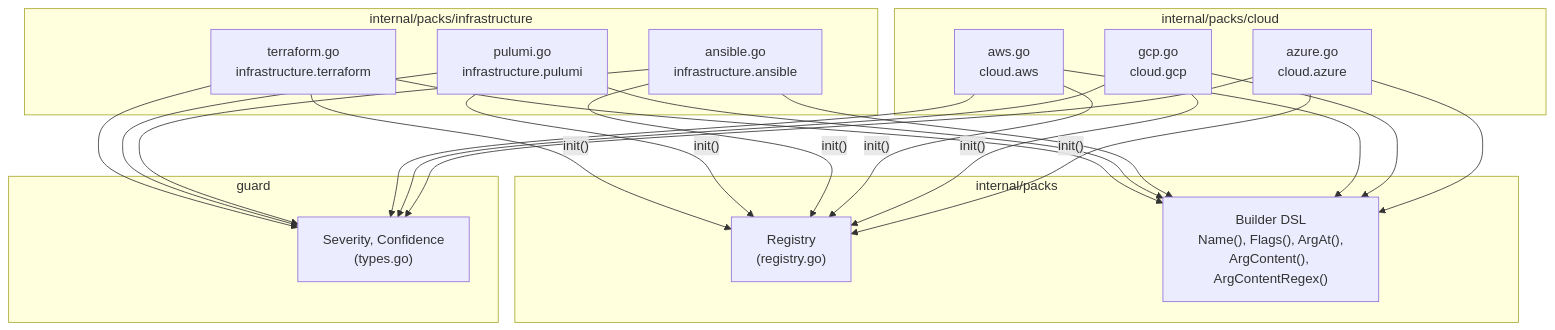
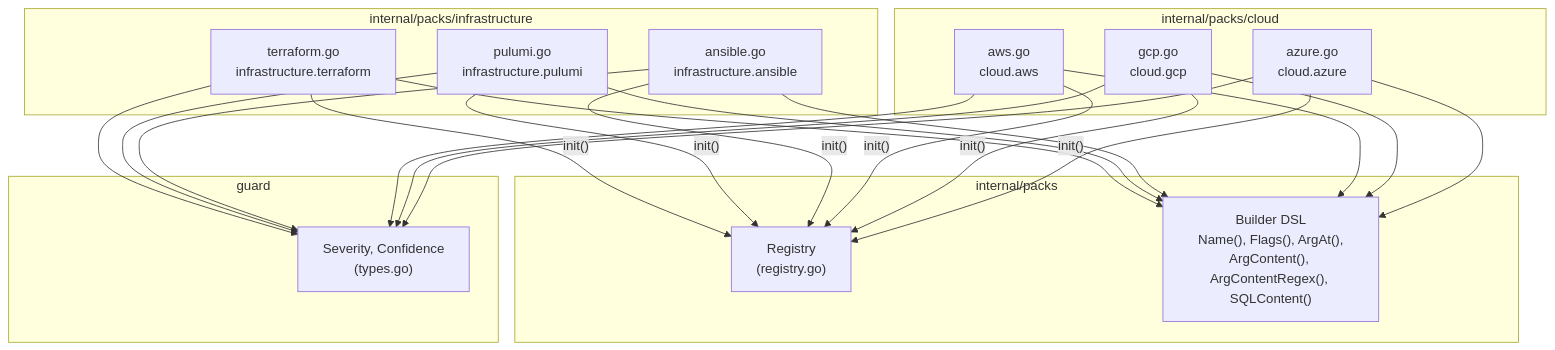
One commit to dcosson/destructive-command-guard-go changed the first of 4 diagrams in docs/plans/03c-packs-infra-cloud.md. Above: the diagram before and after it, drawn with Mermaid. The commit also changed other lines of this file and 13 other files, not shown here.

````diff
--- a/docs/plans/03c-packs-infra-cloud.md
+++ b/docs/plans/03c-packs-infra-cloud.md
@@ -61,44 +61,44 @@
 ```mermaid
 graph TB
     subgraph "internal/packs/infrastructure"
         TF["terraform.go<br/>infrastructure.terraform"]
         Pulumi["pulumi.go<br/>infrastructure.pulumi"]
         Ansible["ansible.go<br/>infrastructure.ansible"]
     end
 
     subgraph "internal/packs/cloud"
         AWS["aws.go<br/>cloud.aws"]
         GCP["gcp.go<br/>cloud.gcp"]
         Azure["azure.go<br/>cloud.azure"]
     end
 
     subgraph "internal/packs"
         Registry["Registry<br/>(registry.go)"]
-        Builders["Builder DSL<br/>Name(), Flags(), ArgAt(),<br/>ArgContent(), ArgContentRegex()"]
+        Builders["Builder DSL<br/>Name(), Flags(), ArgAt(),<br/>ArgContent(), ArgContentRegex(), SQLContent()"]
     end
 
     subgraph "guard"
         Types["Severity, Confidence<br/>(types.go)"]
     end
 
     TF -->|"init()"| Registry
     Pulumi -->|"init()"| Registry
     Ansible -->|"init()"| Registry
     AWS -->|"init()"| Registry
     GCP -->|"init()"| Registry
     Azure -->|"init()"| Registry
 
     TF --> Builders
     Pulumi --> Builders
     Ansible --> Builders
     AWS --> Builders
     GCP --> Builders
     Azure --> Builders
 
     TF --> Types
     Pulumi --> Types
     Ansible --> Types
     AWS --> Types
     GCP --> Types
     Azure --> Types
 ```
````
